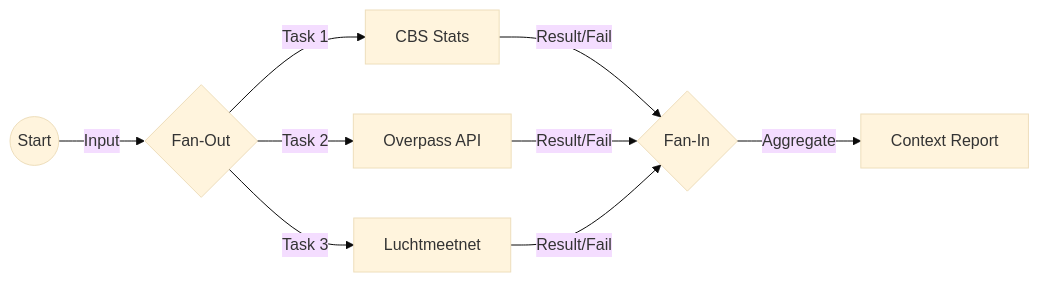
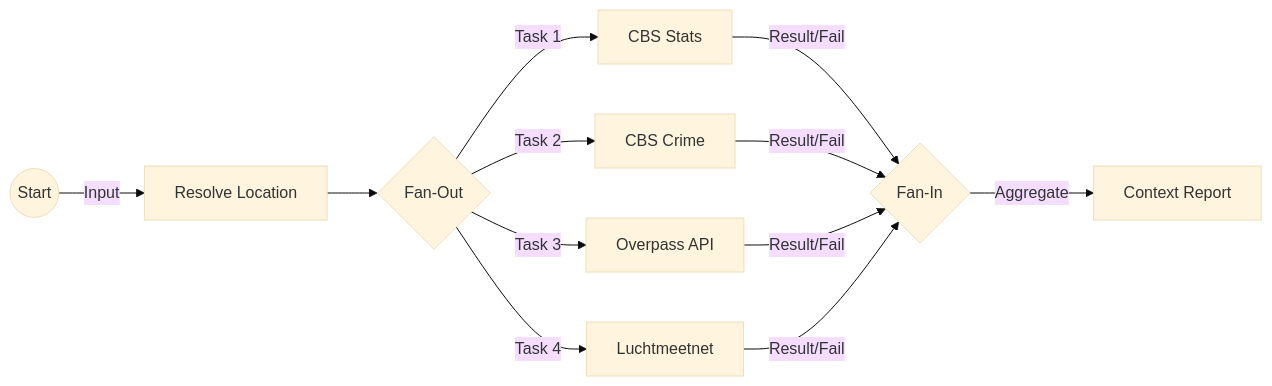
The second of 3 diagrams in docs/developer-guide.md (YKDBontekoe/valora), drawn with Mermaid (base theme) before and after one commit. The commit also changed other lines of this file and 1 other file, not shown here.

Commit message:
docs: fix diagrams and text based on PR feedback
- README.md: Fix data flow diagram to show backend aggregation.
- docs/developer-guide.md: Fix Fan-Out diagram (add Resolve Location, add CBS Crime).
- docs/developer-guide.md: Fix CQRS diagram (remove ExecuteUpdateAsync claim, use Tracked Entities).

````diff
--- a/docs/developer-guide.md
+++ b/docs/developer-guide.md
@@ -73,14 +73,17 @@
 ```mermaid
 graph LR
-    Start((Start)) -->|Input| Split{Fan-Out}
+    Start((Start)) -->|Input| Resolve[Resolve Location]
+    Resolve --> Split{Fan-Out}
 
     Split -->|Task 1| CBS[CBS Stats]
-    Split -->|Task 2| OSM[Overpass API]
-    Split -->|Task 3| Air[Luchtmeetnet]
+    Split -->|Task 2| Crime[CBS Crime]
+    Split -->|Task 3| OSM[Overpass API]
+    Split -->|Task 4| Air[Luchtmeetnet]
 
     CBS -->|Result/Fail| Join{Fan-In}
+    Crime -->|Result/Fail| Join
     OSM -->|Result/Fail| Join
     Air -->|Result/Fail| Join
 
     Join -->|Aggregate| Report[Context Report]
 ```
````
